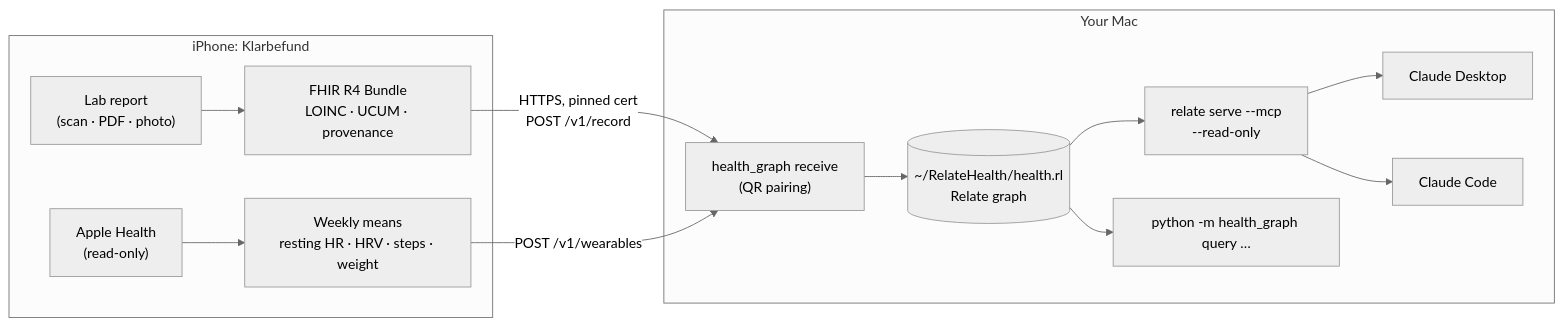
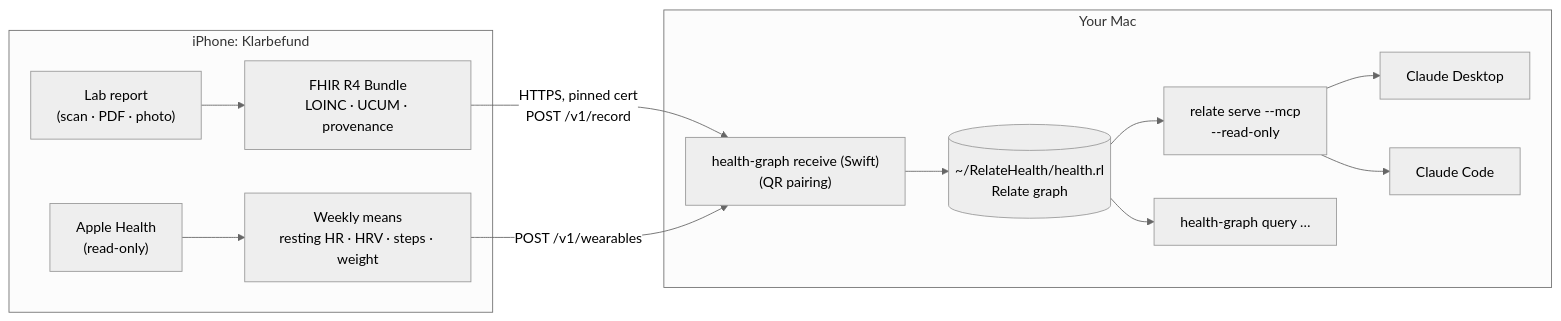
One commit to ma3u/relate-hackathon-team changed the diagram in docs/KLARBEFUND.md. Above: the diagram before and after it, drawn with Mermaid (neutral theme). The commit also changed other lines of this file and 8 other files, not shown here.

First line of the commit message:
docs: Swift on iPhone and Mac (SWIFT.md), on-device graph screenshots, Swift receiver in KLARBEFUND/IDEA/README

````diff
--- a/docs/KLARBEFUND.md
+++ b/docs/KLARBEFUND.md
@@ -5,16 +5,16 @@
 ```mermaid
 flowchart LR
   subgraph iPhone["iPhone: Klarbefund"]
     Scan["Lab report<br/>(scan · PDF · photo)"] --> FHIR["FHIR R4 Bundle<br/>LOINC · UCUM · provenance"]
     HK["Apple Health<br/>(read-only)"] --> Weekly["Weekly means<br/>resting HR · HRV · steps · weight"]
   end
   FHIR -- "HTTPS, pinned cert<br/>POST /v1/record" --> R
   Weekly -- "POST /v1/wearables" --> R
   subgraph Mac["Your Mac"]
-    R["health_graph receive<br/>(QR pairing)"] --> RL[("~/RelateHealth/health.rl<br/>Relate graph")]
+    R["health-graph receive (Swift)<br/>(QR pairing)"] --> RL[("~/RelateHealth/health.rl<br/>Relate graph")]
     RL --> MCP["relate serve --mcp<br/>--read-only"]
     MCP --> CD["Claude Desktop"]
     MCP --> CC["Claude Code"]
-    RL --> CLI["python -m health_graph query …"]
+    RL --> CLI["health-graph query …"]
   end
 ```
````
